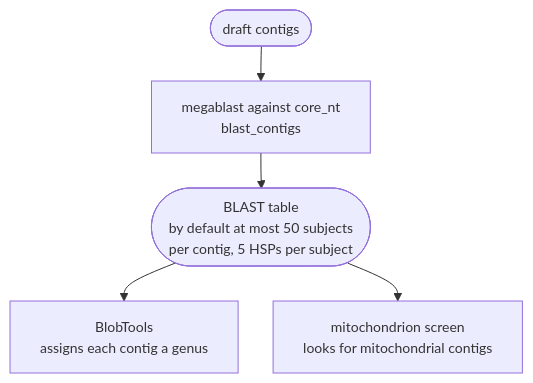
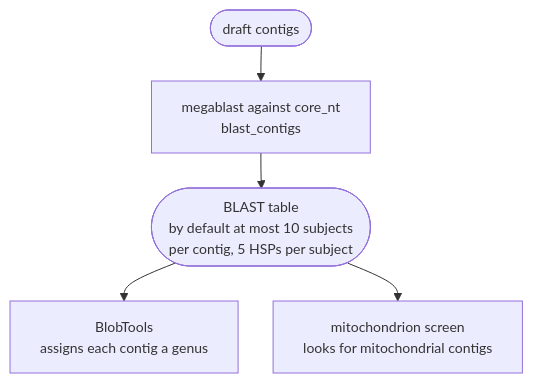
One commit to iLivius/FunFlux changed the diagram in docs/methods/blast-hit-depth.md. Above: the diagram before and after it, drawn with Mermaid. The commit also changed other lines of this file and 12 other files, not shown here.

````diff
--- a/docs/methods/blast-hit-depth.md
+++ b/docs/methods/blast-hit-depth.md
@@ -24,15 +35,15 @@
 ```mermaid
 ---
 config:
   themeVariables:
     fontSize: 14px
   flowchart:
     nodeSpacing: 35
     rankSpacing: 35
 ---
 flowchart TD
     C([draft contigs]) --> B[megablast against core_nt<br/>blast_contigs]
-    B --> T([BLAST table<br/>by default at most 50 subjects<br/>per contig, 5 HSPs per subject])
+    B --> T([BLAST table<br/>by default at most 10 subjects<br/>per contig, 5 HSPs per subject])
     T --> BT[BlobTools<br/>assigns each contig a genus]
     T --> MS[mitochondrion screen<br/>looks for mitochondrial contigs]
 ```
````
